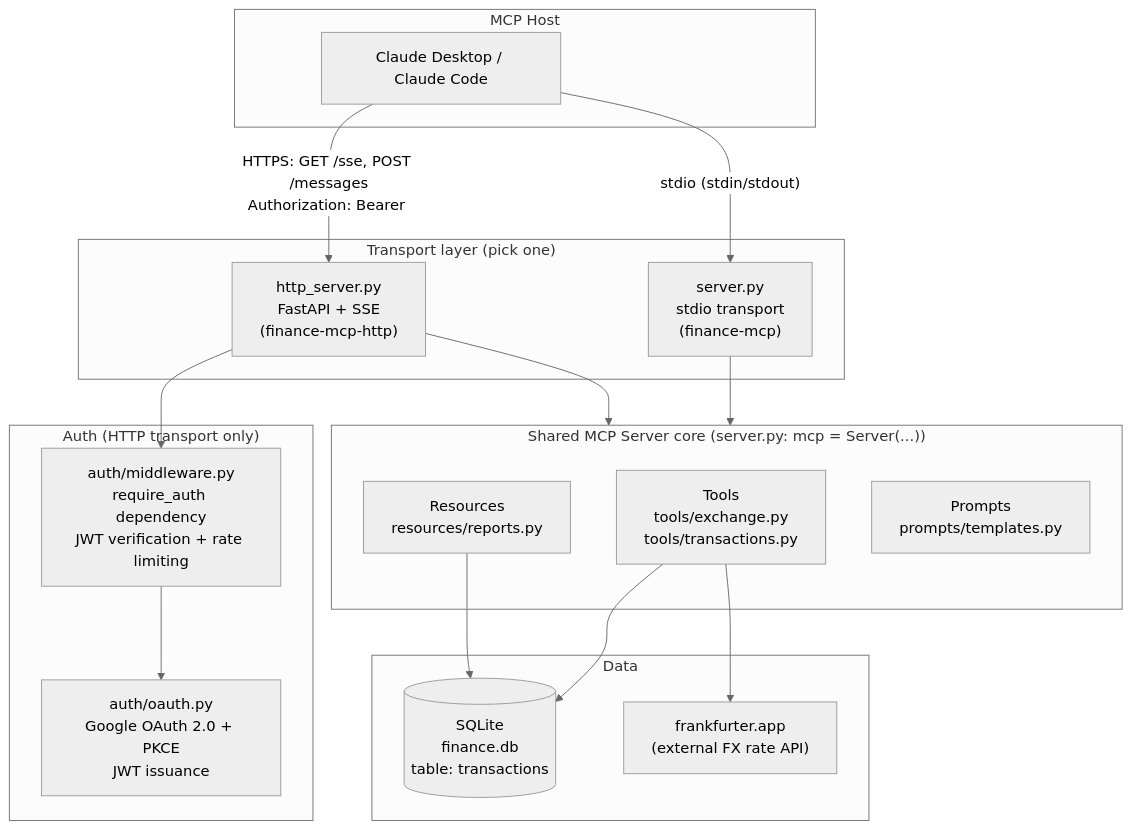
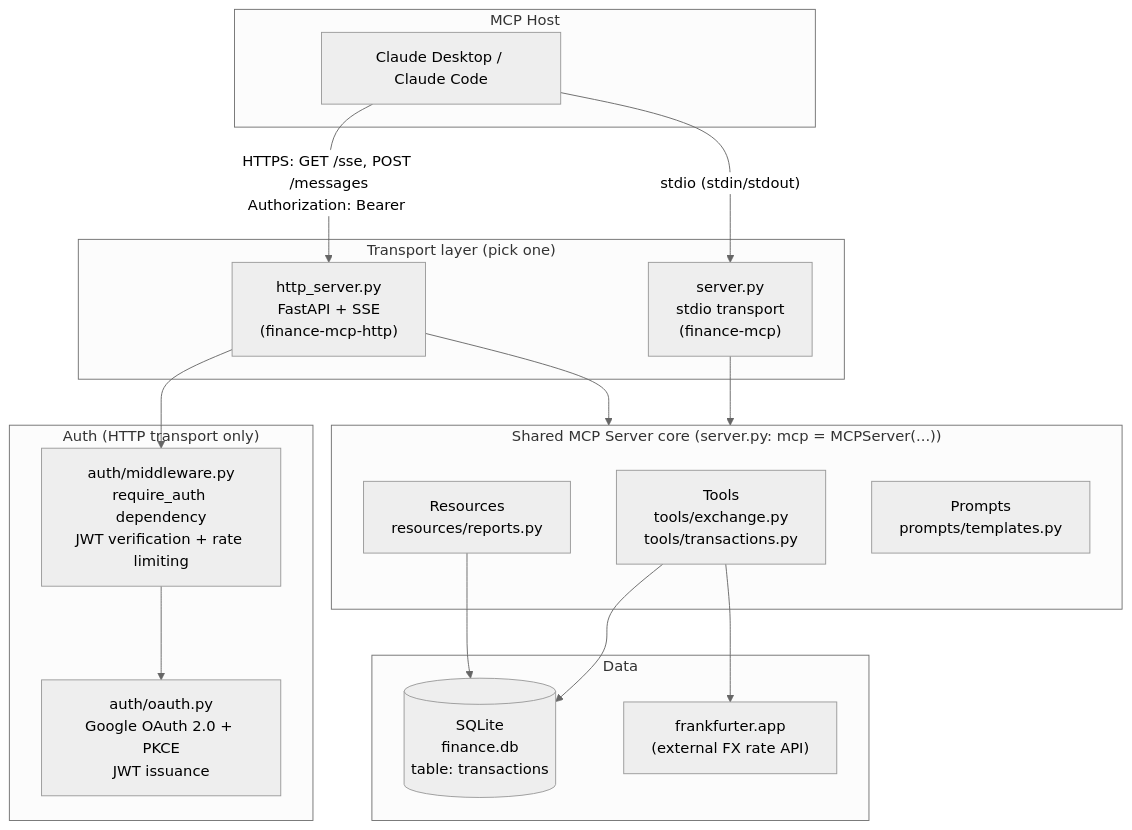
One commit to lukon89/finance-mcp-server changed the first of 4 diagrams in README.md. Above: the diagram before and after it, drawn with Mermaid (neutral theme). The commit also changed other lines of this file, not shown here.

First line of the commit message:
docs: update README for mcp 2.x / MCPServer

````diff
--- a/README.md
+++ b/README.md
@@ -46,38 +46,38 @@
 ```mermaid
 flowchart TB
     subgraph Client["MCP Host"]
         CD["Claude Desktop / Claude Code"]
     end
 
     subgraph Transports["Transport layer (pick one)"]
         STDIO["server.py\nstdio transport\n(finance-mcp)"]
         HTTP["http_server.py\nFastAPI + SSE\n(finance-mcp-http)"]
     end
 
-    subgraph Core["Shared MCP Server core (server.py: mcp = Server(...))"]
+    subgraph Core["Shared MCP Server core (server.py: mcp = MCPServer(...))"]
         TOOLS["Tools\ntools/exchange.py\ntools/transactions.py"]
         RES["Resources\nresources/reports.py"]
         PROMPTS["Prompts\nprompts/templates.py"]
     end
 
     subgraph AuthN["Auth (HTTP transport only)"]
         OAUTH["auth/oauth.py\nGoogle OAuth 2.0 + PKCE\nJWT issuance"]
         MW["auth/middleware.py\nrequire_auth dependency\nJWT verification + rate limiting"]
     end
 
     subgraph Data["Data"]
         DB[("SQLite\nfinance.db\ntable: transactions")]
         FX["frankfurter.app\n(external FX rate API)"]
     end
 
     CD -- "stdio (stdin/stdout)" --> STDIO
     CD -- "HTTPS: GET /sse, POST /messages\nAuthorization: Bearer <JWT>" --> HTTP
 
     HTTP --> MW --> OAUTH
     STDIO --> Core
     HTTP --> Core
 
     TOOLS --> DB
     TOOLS --> FX
     RES --> DB
 ```
````
